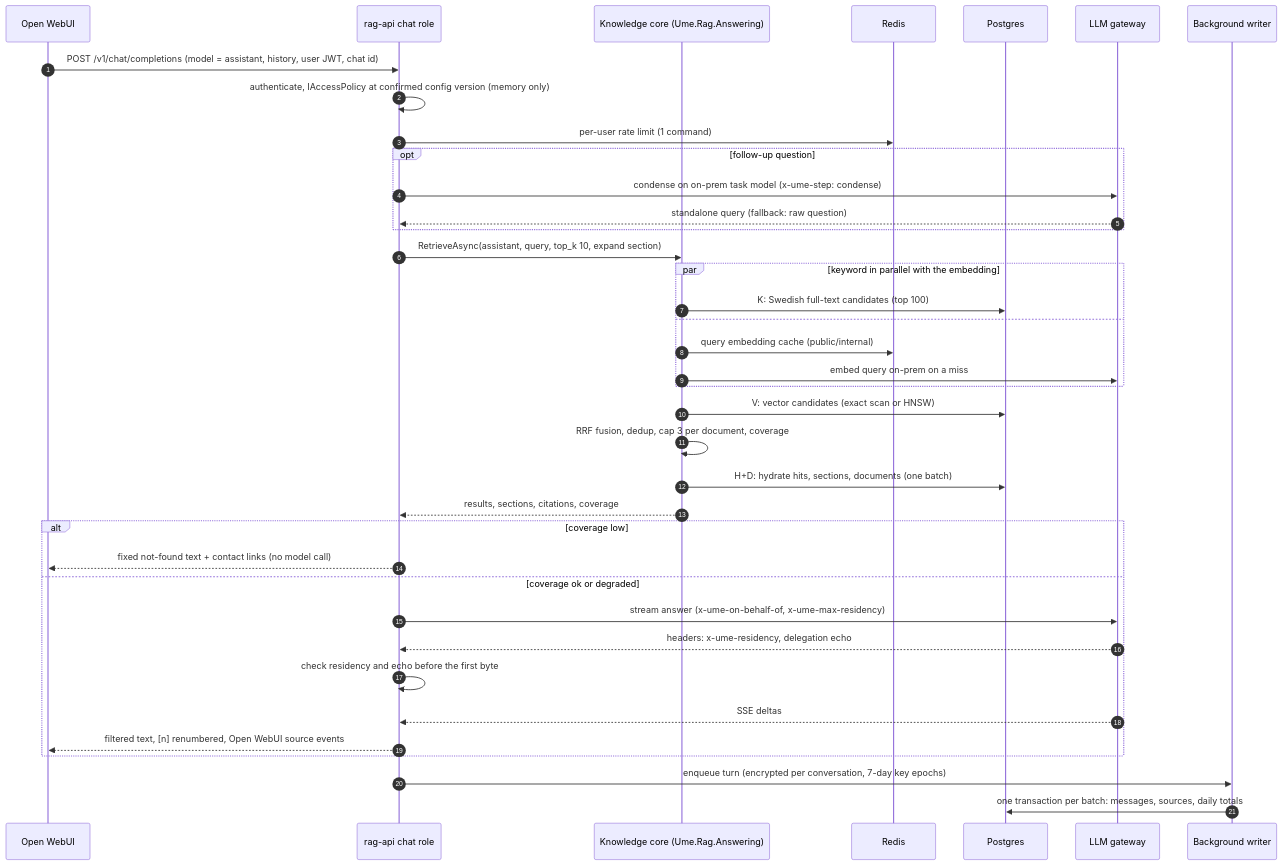
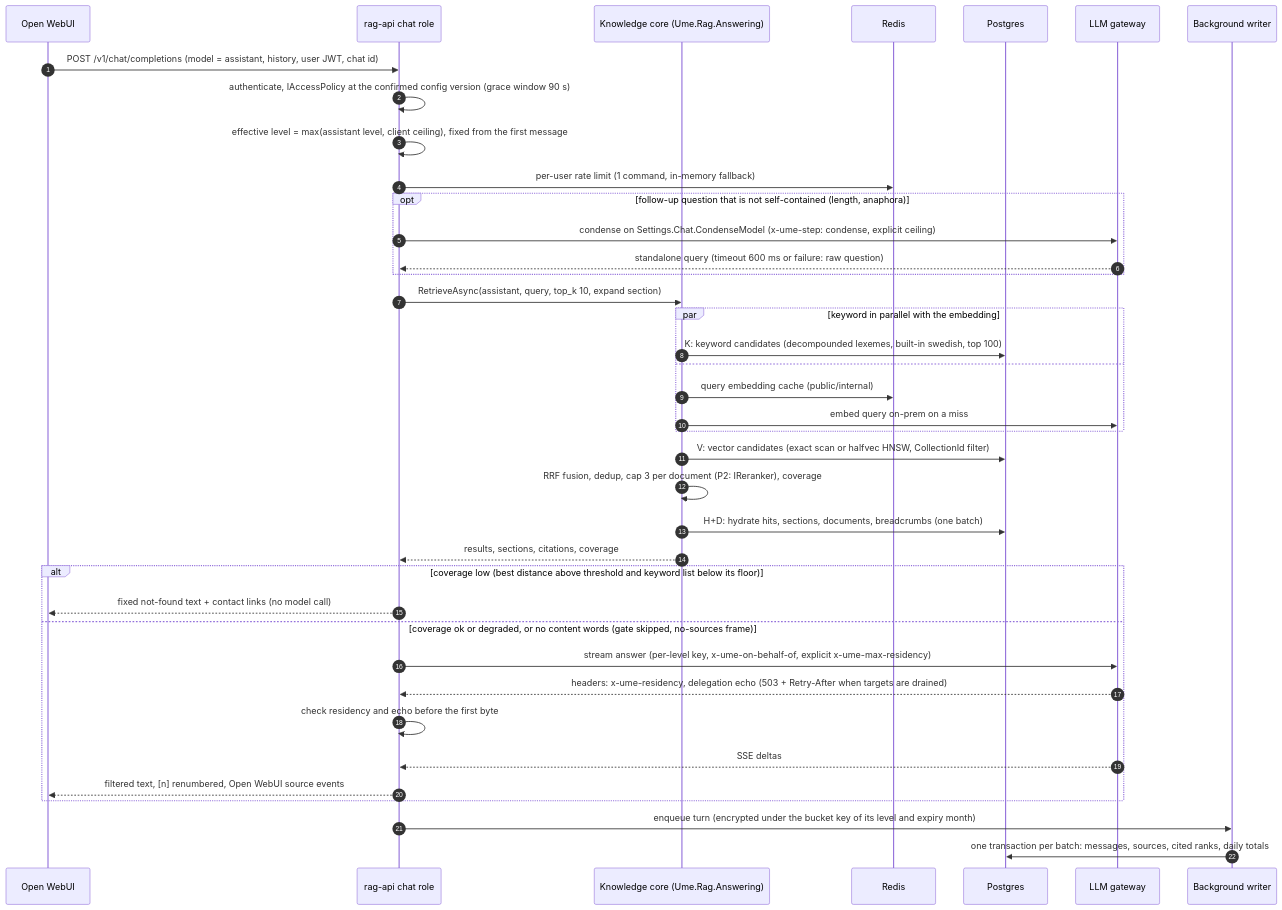
Before and after one commit to thekim1/kalla: the second of 4 diagrams in plans/architecture.md, drawn with Mermaid. The commit also changed other lines of this file and 29 other files, not shown here.

````diff
--- a/plans/architecture.md
+++ b/plans/architecture.md
@@ -104,41 +109,42 @@
 ```mermaid
 sequenceDiagram
     autonumber
     participant U as Open WebUI
     participant C as rag-api chat role
     participant K as Knowledge core (Ume.Rag.Answering)
     participant R as Redis
     participant P as Postgres
     participant G as LLM gateway
     participant W as Background writer
 
     U->>C: POST /v1/chat/completions (model = assistant, history, user JWT, chat id)
-    C->>C: authenticate, IAccessPolicy at confirmed config version (memory only)
-    C->>R: per-user rate limit (1 command)
-    opt follow-up question
-        C->>G: condense on on-prem task model (x-ume-step: condense)
-        G-->>C: standalone query (fallback: raw question)
+    C->>C: authenticate, IAccessPolicy at the confirmed config version (grace window 90 s)
+    C->>C: effective level = max(assistant level, client ceiling), fixed from the first message
+    C->>R: per-user rate limit (1 command, in-memory fallback)
+    opt follow-up question that is not self-contained (length, anaphora)
+        C->>G: condense on Settings.Chat.CondenseModel (x-ume-step: condense, explicit ceiling)
+        G-->>C: standalone query (timeout 600 ms or failure: raw question)
     end
     C->>K: RetrieveAsync(assistant, query, top_k 10, expand section)
     par keyword in parallel with the embedding
-        K->>P: K: Swedish full-text candidates (top 100)
+        K->>P: K: keyword candidates (decompounded lexemes, built-in swedish, top 100)
     and
         K->>R: query embedding cache (public/internal)
         K->>G: embed query on-prem on a miss
     end
-    K->>P: V: vector candidates (exact scan or HNSW)
-    K->>K: RRF fusion, dedup, cap 3 per document, coverage
-    K->>P: H+D: hydrate hits, sections, documents (one batch)
+    K->>P: V: vector candidates (exact scan or halfvec HNSW, CollectionId filter)
+    K->>K: RRF fusion, dedup, cap 3 per document (P2: IReranker), coverage
+    K->>P: H+D: hydrate hits, sections, documents, breadcrumbs (one batch)
     K-->>C: results, sections, citations, coverage
-    alt coverage low
+    alt coverage low (best distance above threshold and keyword list below its floor)
         C-->>U: fixed not-found text + contact links (no model call)
-    else coverage ok or degraded
-        C->>G: stream answer (x-ume-on-behalf-of, x-ume-max-residency)
-        G-->>C: headers: x-ume-residency, delegation echo
+    else coverage ok or degraded, or no content words (gate skipped, no-sources frame)
+        C->>G: stream answer (per-level key, x-ume-on-behalf-of, explicit x-ume-max-residency)
+        G-->>C: headers: x-ume-residency, delegation echo (503 + Retry-After when targets are drained)
         C->>C: check residency and echo before the first byte
         G-->>C: SSE deltas
         C-->>U: filtered text, [n] renumbered, Open WebUI source events
     end
-    C->>W: enqueue turn (encrypted per conversation, 7-day key epochs)
-    W->>P: one transaction per batch: messages, sources, daily totals
+    C->>W: enqueue turn (encrypted under the bucket key of its level and expiry month)
+    W->>P: one transaction per batch: messages, sources, cited ranks, daily totals
 ```
````
